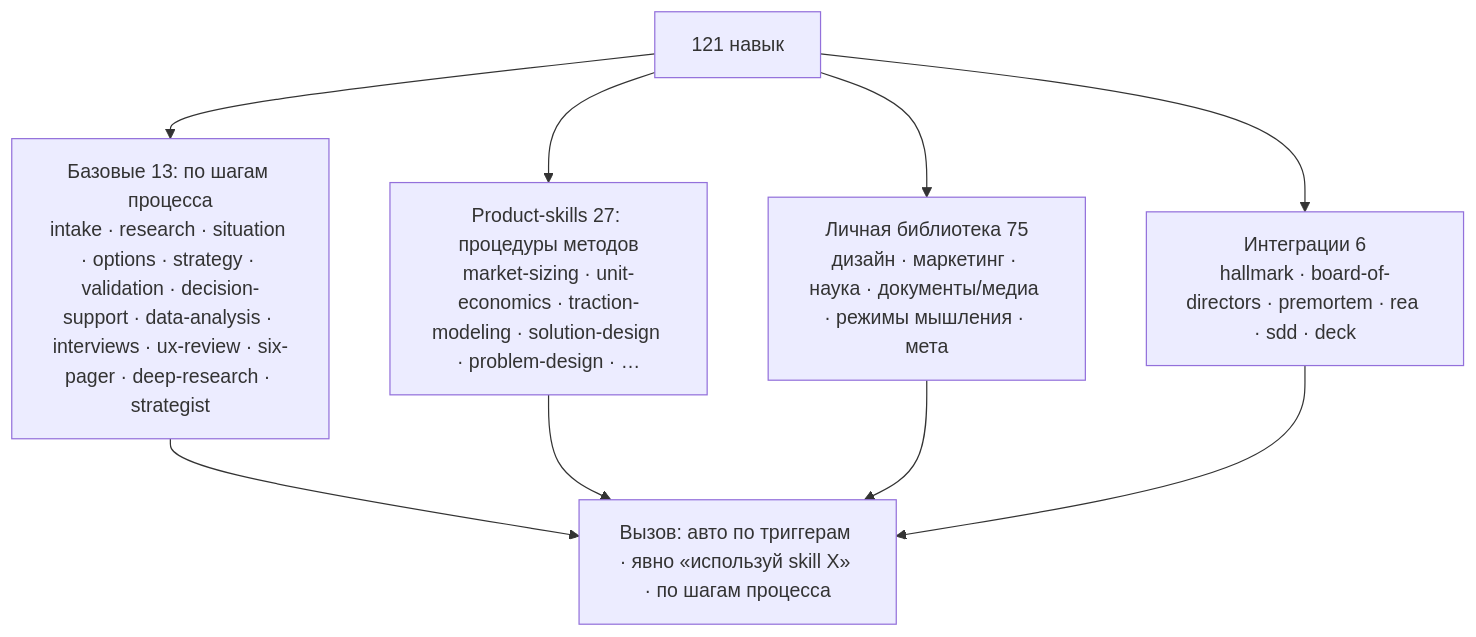
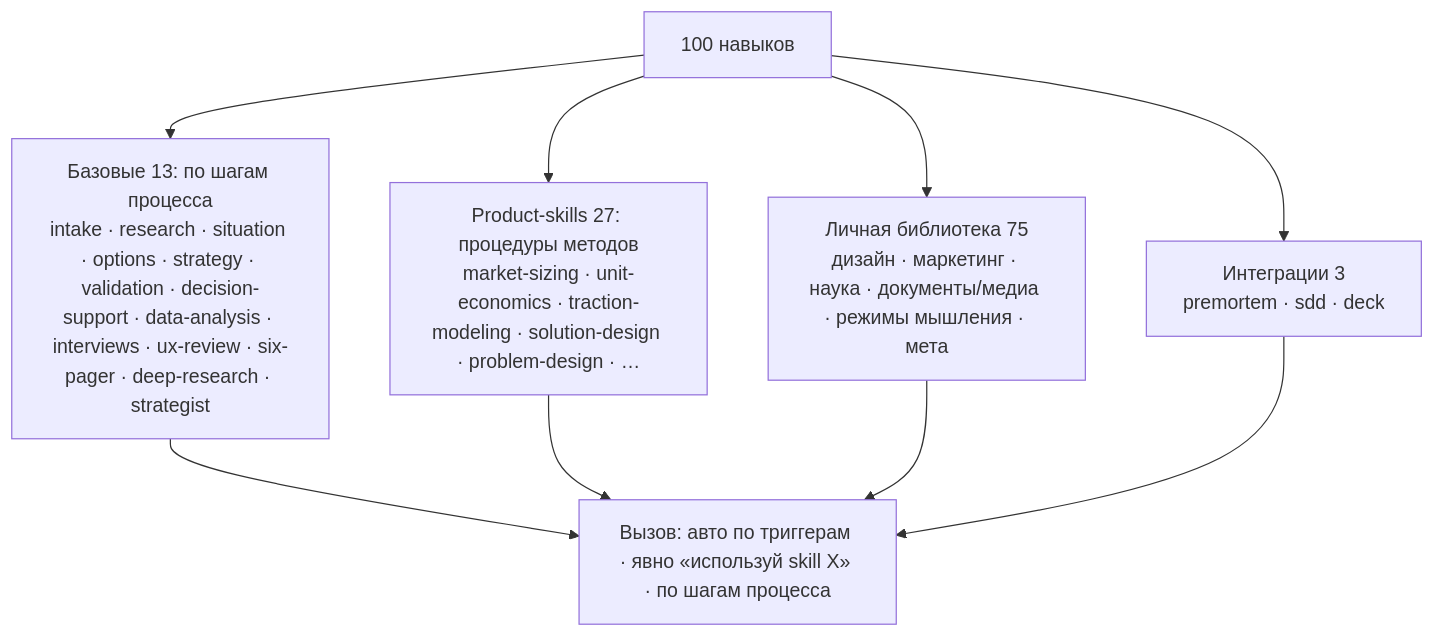
One commit to Fighter90/product-factory-strategist changed the third of 4 diagrams in README.md. Above: the diagram before and after it, drawn with Mermaid. The commit also changed other lines of this file and 347 other files, not shown here.

````diff
--- a/README.md
+++ b/README.md
@@ -220,8 +220,8 @@
 ```mermaid
 flowchart TB
-  SK["121 навык"] --> B["Базовые 13: по шагам процесса<br/>intake · research · situation · options · strategy · validation · decision-support · data-analysis · interviews · ux-review · six-pager · deep-research · strategist"]
+  SK["100 навыков"] --> B["Базовые 13: по шагам процесса<br/>intake · research · situation · options · strategy · validation · decision-support · data-analysis · interviews · ux-review · six-pager · deep-research · strategist"]
   SK --> P["Product-skills 27: процедуры методов<br/>market-sizing · unit-economics · traction-modeling · solution-design · problem-design · …"]
   SK --> L["Личная библиотека 75<br/>дизайн · маркетинг · наука · документы/медиа · режимы мышления · мета"]
-  SK --> INT["Интеграции 6<br/>hallmark · board-of-directors · premortem · rea · sdd · deck"]
+  SK --> INT["Интеграции 3<br/>premortem · sdd · deck"]
   B & P & L & INT --> INV["Вызов: авто по триггерам · явно «используй skill X» · по шагам процесса"]
 ```
````
